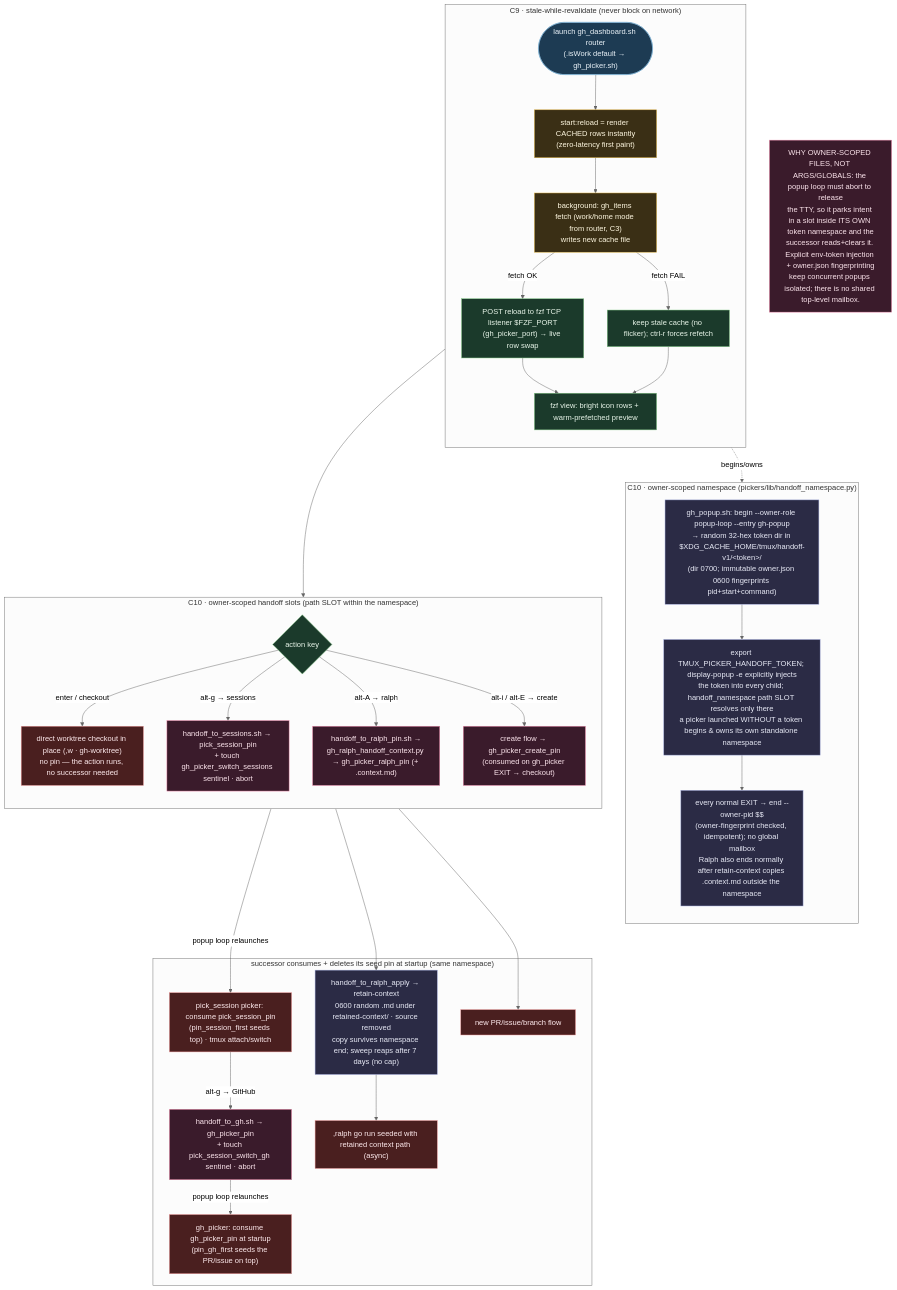
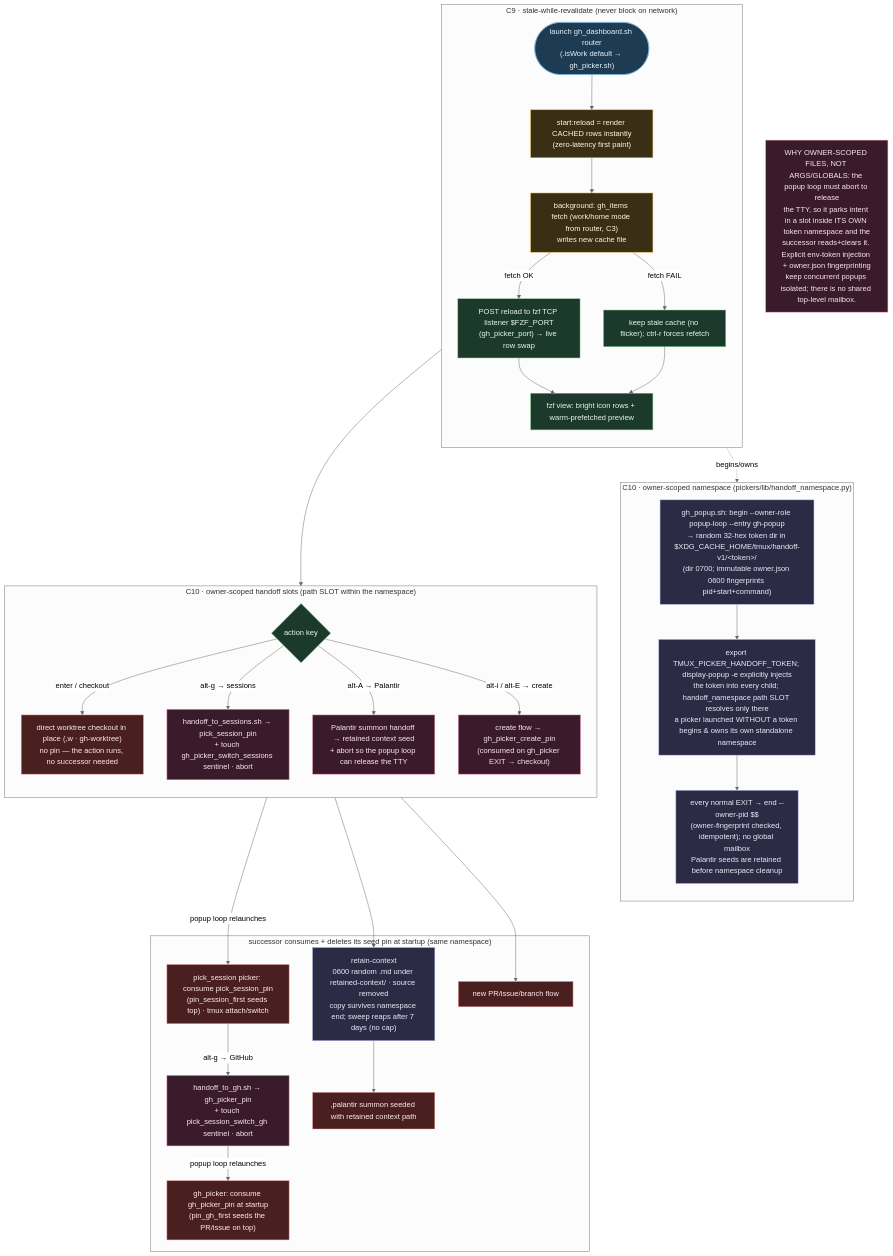
The diagram in .mermaids/S3-flow-pickers-handoff.mmd (kapral18/dotfiles), drawn with Mermaid (neutral theme) before and after one commit. The commit also changed 193 other files, not shown here.

```diff
--- a/.mermaids/S3-flow-pickers-handoff.mmd
+++ b/.mermaids/S3-flow-pickers-handoff.mmd
@@ -1,51 +1,51 @@
 %% ============================================================================
 %% S3-flow-pickers-handoff.mmd — FLOW: stale-while-revalidate UX + the owner-scoped
-%% handoff bus that lets pickers cooperate. Realizes C9, C10 (and C3 work/home
-%% scope). Files are nodes ON the interaction. (drill: 05, 06)
+%% handoff bus that lets pickers cooperate with Palantir summon. Realizes C9, C10
+%% (and C3 work/home scope). Files are nodes ON the interaction. (drill: 05, 06)
 %% ============================================================================
 flowchart TB
     classDef in fill:#1d3b53,stroke:#7fb3d5,color:#eaf2f8;
     classDef cache fill:#3a2f15,stroke:#e0b341,color:#fff8e1;
     classDef ui fill:#1b3a2b,stroke:#81c784,color:#e8f5e9;
     classDef bus fill:#3a1b2b,stroke:#f48fb1,color:#fce4ec;
     classDef run fill:#4a1f1f,stroke:#ef9a9a,color:#ffebee;
     classDef own fill:#2b2b45,stroke:#9fa8da,color:#e8eaf6;
 
     subgraph SWR["C9 · stale-while-revalidate (never block on network)"]
         direction TB
         LAUNCH(["launch gh_dashboard.sh router<br/>(.isWork default → gh_picker.sh)"]):::in
         LAUNCH --> COLD["start:reload = render CACHED rows instantly<br/>(zero-latency first paint)"]:::cache
         COLD --> BG["background: gh_items fetch (work/home mode from router, C3)<br/>writes new cache file"]:::cache
         BG -->|fetch OK| PUSH["POST reload to fzf TCP listener $FZF_PORT<br/>(gh_picker_port) → live row swap"]:::ui
         BG -->|fetch FAIL| KEEP["keep stale cache (no flicker); ctrl-r forces refetch"]:::ui
         PUSH --> VIEW["fzf view: bright icon rows + warm-prefetched preview"]:::ui
         KEEP --> VIEW
     end
 
     subgraph OWN["C10 · owner-scoped namespace (pickers/lib/handoff_namespace.py)"]
         direction TB
         BEGIN["gh_popup.sh: begin --owner-role popup-loop --entry gh-popup<br/>→ random 32-hex token dir in $XDG_CACHE_HOME/tmux/handoff-v1/&lt;token&gt;/<br/>(dir 0700; immutable owner.json 0600 fingerprints pid+start+command)"]:::own
         BEGIN --> INJECT["export TMUX_PICKER_HANDOFF_TOKEN; display-popup -e explicitly injects<br/>the token into every child; handoff_namespace path SLOT resolves only there<br/>a picker launched WITHOUT a token begins & owns its own standalone namespace"]:::own
-        INJECT --> ENDNS["every normal EXIT → end --owner-pid $$<br/>(owner-fingerprint checked, idempotent); no global mailbox<br/>Ralph also ends normally after retain-context copies .context.md outside the namespace"]:::own
+        INJECT --> ENDNS["every normal EXIT → end --owner-pid $$<br/>(owner-fingerprint checked, idempotent); no global mailbox<br/>Palantir seeds are retained before namespace cleanup"]:::own
     end
     LAUNCH -.begins/owns.-> BEGIN
 
     subgraph BUS["C10 · owner-scoped handoff slots (path SLOT within the namespace)"]
         direction TB
         VIEW --> ACT{"action key"}:::ui
         ACT -->|enter / checkout| CO["direct worktree checkout in place (,w · gh-worktree)<br/>no pin — the action runs, no successor needed"]:::run
         ACT -->|"alt-g → sessions"| SENT["handoff_to_sessions.sh → pick_session_pin<br/>+ touch gh_picker_switch_sessions sentinel · abort"]:::bus
-        ACT -->|"alt-A → ralph"| RPIN["handoff_to_ralph_pin.sh →<br/>gh_ralph_handoff_context.py → gh_picker_ralph_pin (+ .context.md)"]:::bus
+        ACT -->|"alt-A → Palantir"| PPIN["Palantir summon handoff → retained context seed<br/>+ abort so the popup loop can release the TTY"]:::bus
         ACT -->|"alt-i / alt-E → create"| CPIN["create flow → gh_picker_create_pin<br/>(consumed on gh_picker EXIT → checkout)"]:::bus
     end
 
     subgraph CONSUME["successor consumes + deletes its seed pin at startup (same namespace)"]
         SENT -->|popup loop relaunches| PICKSESS["pick_session picker: consume pick_session_pin<br/>(pin_session_first seeds top) · tmux attach/switch"]:::run
         PICKSESS -->|"alt-g → GitHub"| GHPIN["handoff_to_gh.sh → gh_picker_pin<br/>+ touch pick_session_switch_gh sentinel · abort"]:::bus
         GHPIN -->|popup loop relaunches| GHSEED["gh_picker: consume gh_picker_pin at startup<br/>(pin_gh_first seeds the PR/issue on top)"]:::run
-        RPIN --> RETAIN["handoff_to_ralph_apply → retain-context<br/>0600 random .md under retained-context/ · source removed<br/>copy survives namespace end; sweep reaps after 7 days (no cap)"]:::own
-        RETAIN --> RALPH[",ralph go run seeded with retained context path (async)"]:::run
+        PPIN --> RETAIN["retain-context<br/>0600 random .md under retained-context/ · source removed<br/>copy survives namespace end; sweep reaps after 7 days (no cap)"]:::own
+        RETAIN --> PALRUN[",palantir summon seeded with retained context path"]:::run
         CPIN --> CREATE["new PR/issue/branch flow"]:::run
     end
 
     NOTE["WHY OWNER-SCOPED FILES, NOT ARGS/GLOBALS: the popup loop must abort to release<br/>the TTY, so it parks intent in a slot inside ITS OWN token namespace and the<br/>successor reads+clears it. Explicit env-token injection + owner.json fingerprinting<br/>keep concurrent popups isolated; there is no shared top-level mailbox."]:::bus
```
